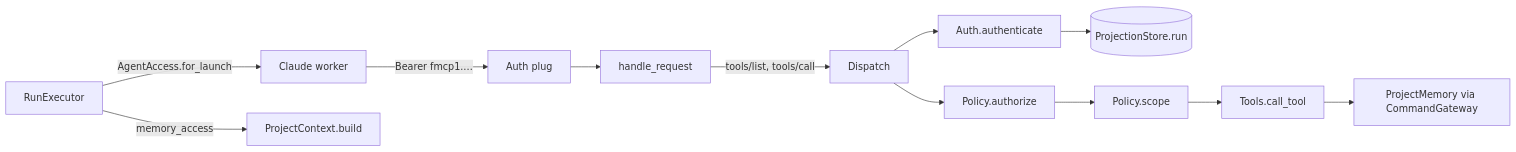
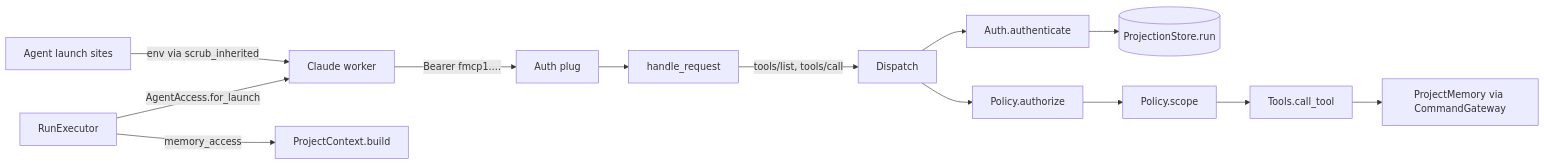
The diagram in docs/TRD/TRD-2026-94f379ec-agent-scoped-mcp-credential.md (ldangelo/foreman), drawn with Mermaid before and after one commit. The commit also changed other lines of this file and 1 other file, not shown here.

First line of the commit message:
docs(mcp): scrub inherited operator token from agent env (REQ-017)

````diff
--- a/docs/TRD/TRD-2026-94f379ec-agent-scoped-mcp-credential.md
+++ b/docs/TRD/TRD-2026-94f379ec-agent-scoped-mcp-credential.md
@@ -469,14 +551,15 @@
 ```mermaid
 flowchart LR
   W[Claude worker] -- "Bearer fmcp1.…" --> E[Auth plug]
   E --> H[handle_request]
   H -- "tools/list, tools/call" --> D[Dispatch]
   D --> A[Auth.authenticate]
   A --> PS[(ProjectionStore.run)]
   D --> P[Policy.authorize]
   P --> S[Policy.scope]
   S --> T[Tools.call_tool]
   T --> M[ProjectMemory via CommandGateway]
   RE[RunExecutor] -- "AgentAccess.for_launch" --> W
   RE -- "memory_access" --> PC[ProjectContext.build]
+  L[Agent launch sites] -- "env via scrub_inherited" --> W
 ```
````
